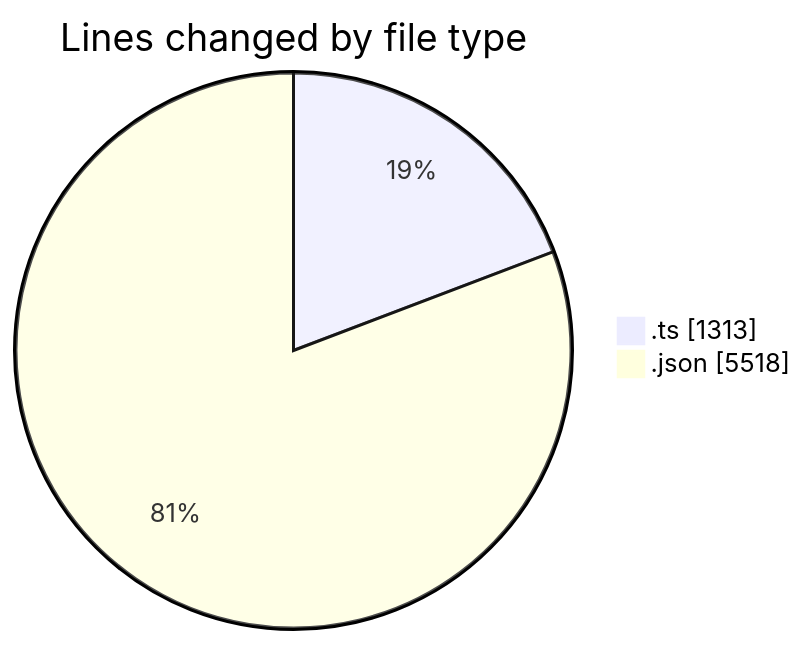
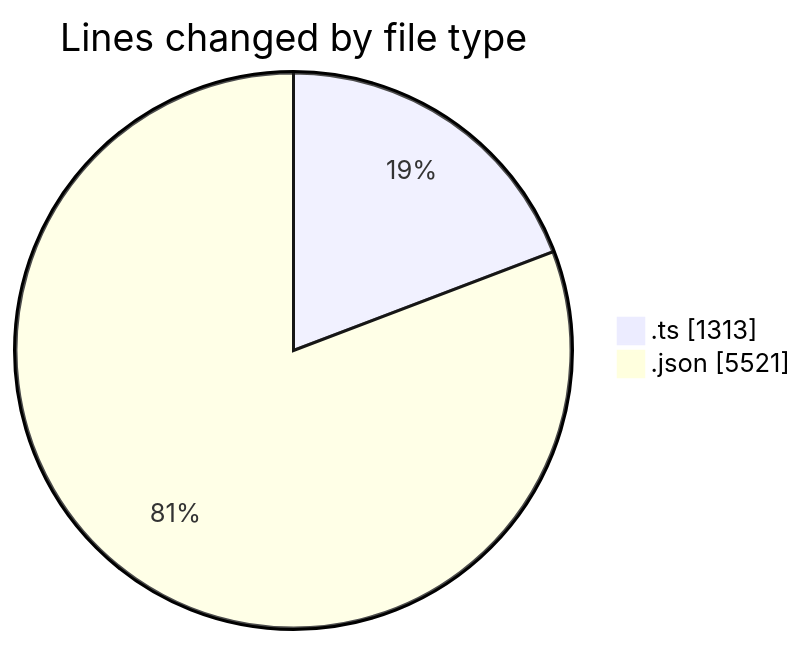
Before and after one commit to EIIisD/code-tracking: the first of 2 diagrams in 2025-08-24/_claude/README.md, drawn with Mermaid. The commit also changed other lines of this file and 1 other file, not shown here.

````diff
--- a/2025-08-24/_claude/README.md
+++ b/2025-08-24/_claude/README.md
@@ -23,6 +23,6 @@
 ```mermaid
 pie showData
 title Lines changed by file type
 ".ts" : 1313
-".json" : 5518
+".json" : 5521
 ```
````
